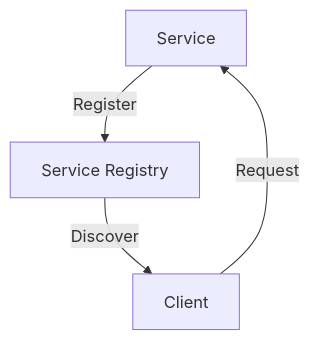
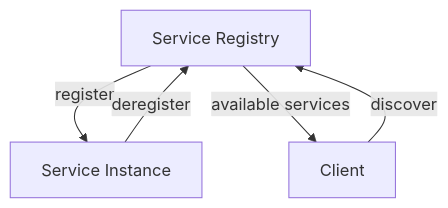
Before and after one commit to baaghinitesh/dailly-notes: the first of 5 diagrams in docs/blogs/Building_Scalable_Microservices_with_Nodejs_and_gRPC_Part_2.md, drawn with Mermaid. The commit also changed other lines of this file and 5 other files, not shown here.

````diff
--- a/docs/blogs/Building_Scalable_Microservices_with_Nodejs_and_gRPC_Part_2.md
+++ b/docs/blogs/Building_Scalable_Microservices_with_Nodejs_and_gRPC_Part_2.md
@@ -28,6 +27,7 @@
 ```mermaid
 flowchart TD
-    A[Service] -->|Register| B[Service Registry]
-    B -->|Discover| C[Client]
-    C -->|Request| A
+    A[Service Registry] -->|register| B[Service Instance]
+    B -->|deregister| A
+    C[Client] -->|discover| A
+    A -->|available services| C
 ```
````
